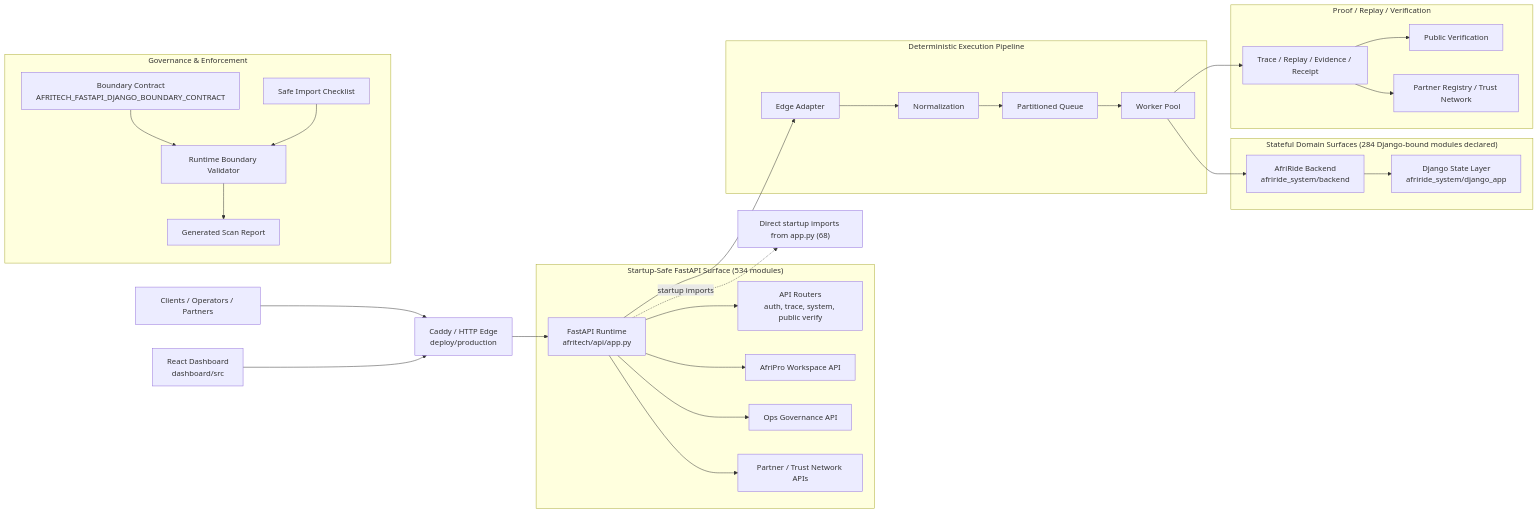
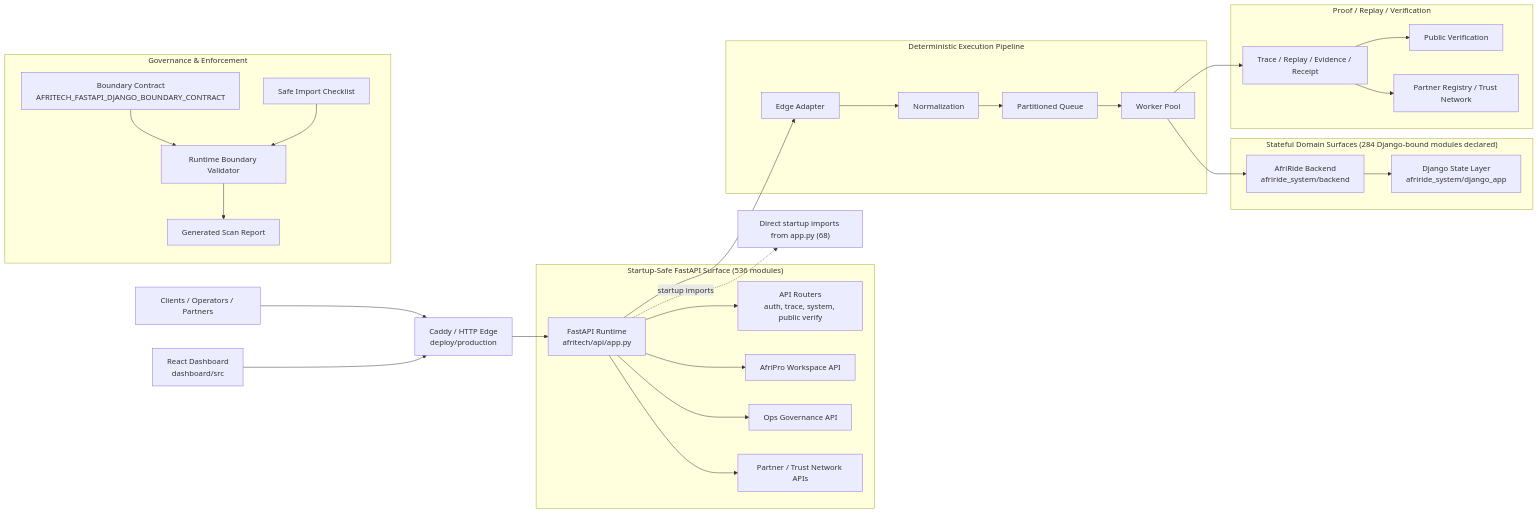
One commit to Strelly2023/afritelematics changed the first of 2 diagrams in docs/architecture/AFRITECH_FULL_ARCHITECTURE_GRAPH.md. Above: the diagram before and after it, drawn with Mermaid. The commit also changed other lines of this file and 15 other files, not shown here.

Commit message:
Add NERA framework and enterprise architecture models

````diff
--- a/docs/architecture/AFRITECH_FULL_ARCHITECTURE_GRAPH.md
+++ b/docs/architecture/AFRITECH_FULL_ARCHITECTURE_GRAPH.md
@@ -22,39 +22,39 @@
 ```mermaid
 flowchart LR
     Client["Clients / Operators / Partners"] --> Edge["Caddy / HTTP Edge\ndeploy/production"]
     Dashboard["React Dashboard\ndashboard/src"] --> Edge
     Edge --> App["FastAPI Runtime\nafritech/api/app.py"]
 
-    subgraph FastAPI["Startup-Safe FastAPI Surface (534 modules)"]
+    subgraph FastAPI["Startup-Safe FastAPI Surface (536 modules)"]
         App --> Api["API Routers\nauth, trace, system, public verify"]
         App --> Workspace["AfriPro Workspace API"]
         App --> Governance["Ops Governance API"]
         App --> Trust["Partner / Trust Network APIs"]
     end
 
     subgraph Pipeline["Deterministic Execution Pipeline"]
         App --> Adapt["Edge Adapter"]
         Adapt --> Normalize["Normalization"]
         Normalize --> Queue["Partitioned Queue"]
         Queue --> Worker["Worker Pool"]
     end
 
     subgraph State["Stateful Domain Surfaces (284 Django-bound modules declared)"]
         Worker --> Domain["AfriRide Backend\nafriride_system/backend"]
         Domain --> Django["Django State Layer\nafriride_system/django_app"]
     end
 
     subgraph Proof["Proof / Replay / Verification"]
         Worker --> Trace["Trace / Replay / Evidence / Receipt"]
         Trace --> Public["Public Verification"]
         Trace --> Registry["Partner Registry / Trust Network"]
     end
 
     subgraph GovernancePlane["Governance & Enforcement"]
         Contract["Boundary Contract\nAFRITECH_FASTAPI_DJANGO_BOUNDARY_CONTRACT"] --> Validator["Runtime Boundary Validator"]
         Checklist["Safe Import Checklist"] --> Validator
         Validator --> Review["Generated Scan Report"]
     end
 
     App -. startup imports .-> Imports["Direct startup imports from app.py (68)"]
 ```
````
